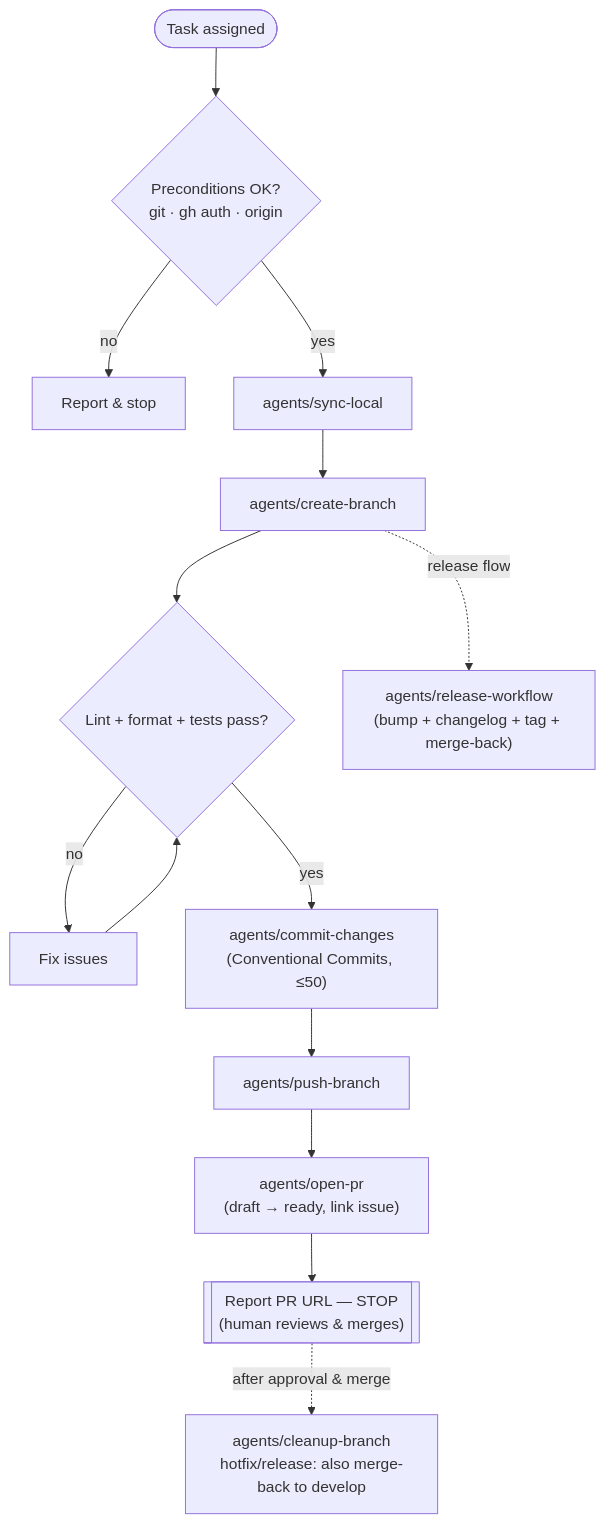
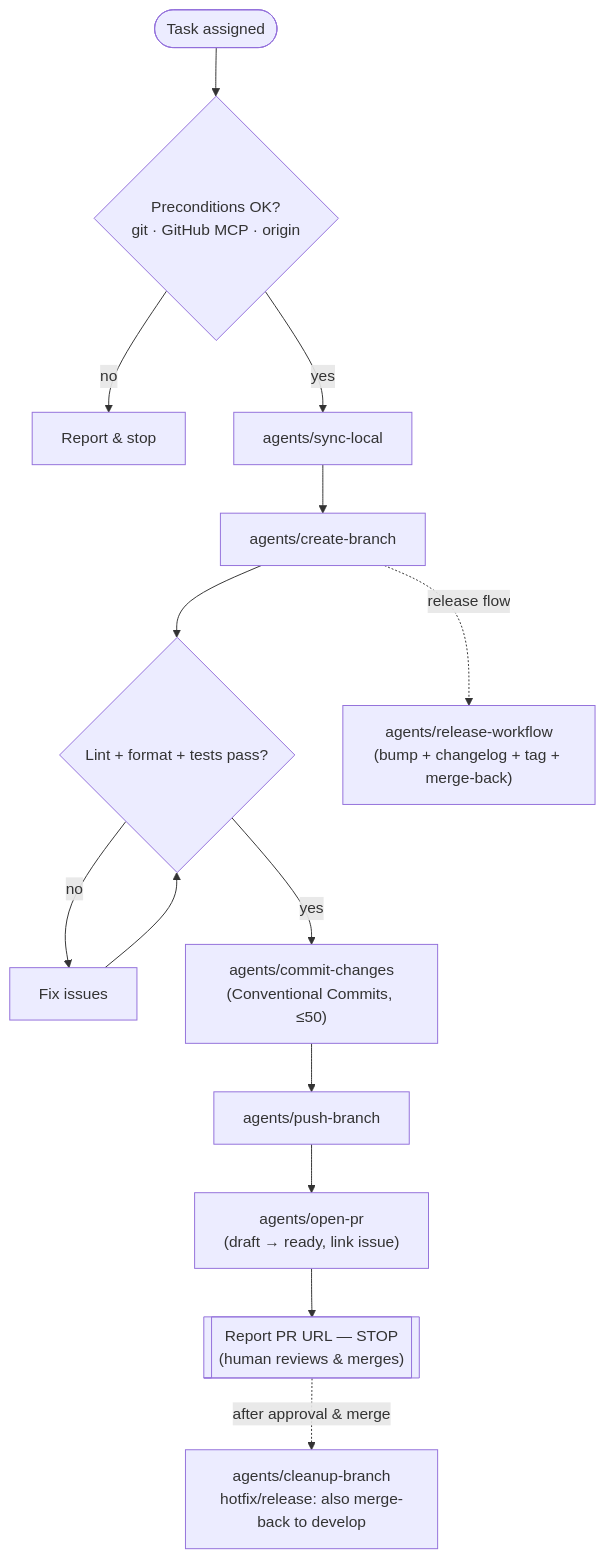
The diagram in skills/gitflow/SKILL.md (santichio/peer), drawn with Mermaid before and after one commit. The commit also changed other lines of this file and 34 other files, not shown here.

````diff
--- a/skills/gitflow/SKILL.md
+++ b/skills/gitflow/SKILL.md
@@ -89,15 +89,15 @@
 ```mermaid
 flowchart TD
-    start(["Task assigned"]) --> pre{"Preconditions OK?\ngit · gh auth · origin"}
+    start(["Task assigned"]) --> pre{"Preconditions OK?\ngit · GitHub MCP · origin"}
     pre -- no --> stop1["Report & stop"]
     pre -- yes --> sync["agents/sync-local"]
     sync --> branch["agents/create-branch"]
     branch --> gates{"Lint + format + tests pass?"}
     gates -- no --> fix["Fix issues"] --> gates
     gates -- yes --> commit["agents/commit-changes\n(Conventional Commits, ≤50)"]
     commit --> push["agents/push-branch"]
     push --> pr["agents/open-pr\n(draft → ready, link issue)"]
     pr --> review[["Report PR URL — STOP\n(human reviews & merges)"]]
     review -.after approval & merge.-> cleanup["agents/cleanup-branch\nhotfix/release: also merge-back to develop"]
     branch -.release flow.-> release["agents/release-workflow\n(bump + changelog + tag + merge-back)"]
 ```
````
